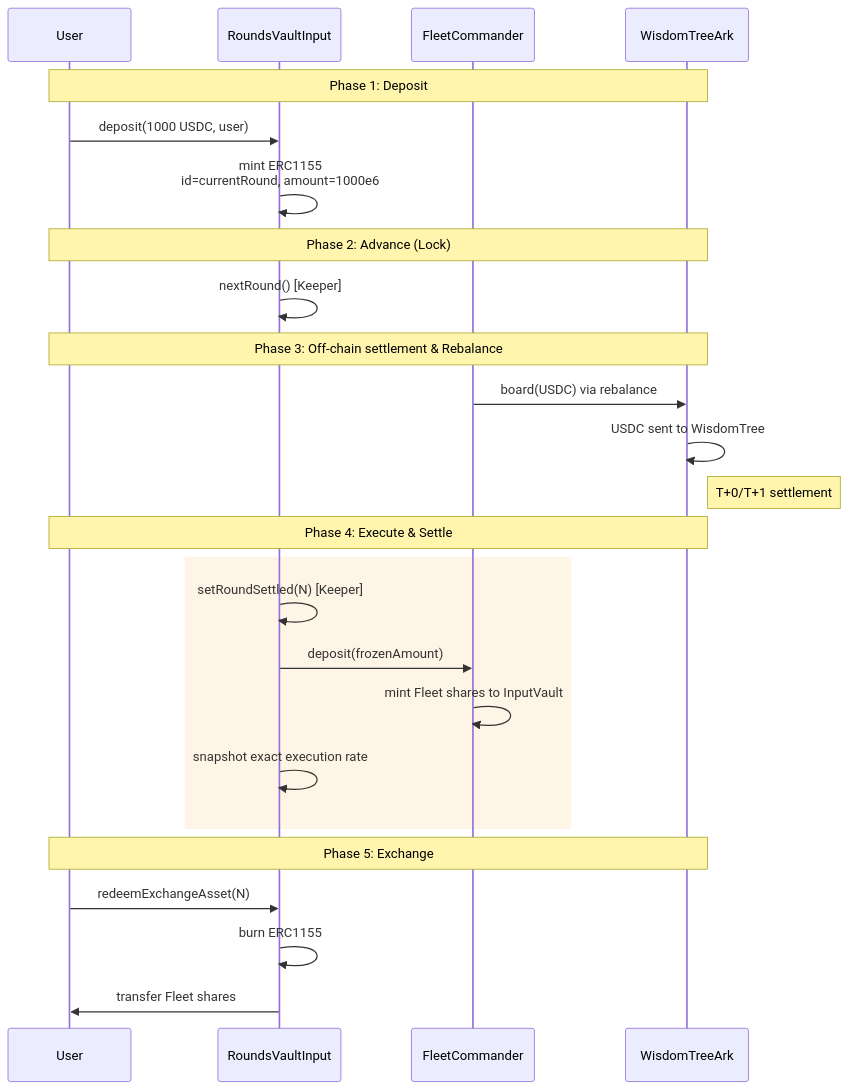
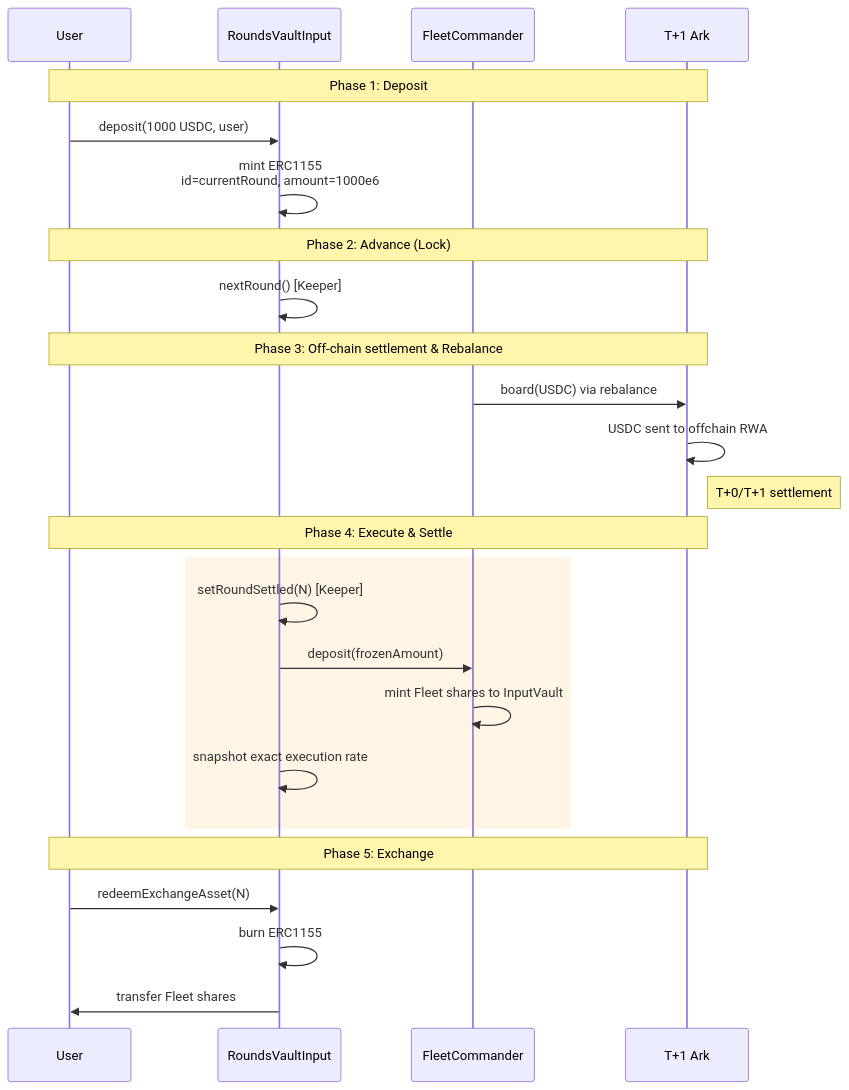
The fifth of 8 diagrams in packages/core-contracts/src/contracts/rounds-vault/docs/rounds_vault_technical_reference.md (OasisDEX/summer-earn-protocol), drawn with Mermaid before and after one commit. The commit also changed other lines of this file, not shown here.

Commit message:
docs: rename WisdomTreeArk to T+1 Ark and generalize offchain RWA references in technical documentation

````diff
--- a/packages/core-contracts/src/contracts/rounds-vault/docs/rounds_vault_technical_reference.md
+++ b/packages/core-contracts/src/contracts/rounds-vault/docs/rounds_vault_technical_reference.md
@@ -182,32 +182,32 @@
 ```mermaid
 sequenceDiagram
     participant User
     participant InputVault as RoundsVaultInput
     participant Fleet as FleetCommander
-    participant Ark as WisdomTreeArk
+    participant Ark as T+1 Ark
 
     Note over User,Ark: Phase 1: Deposit
     User->>InputVault: deposit(1000 USDC, user)
     InputVault->>InputVault: mint ERC1155<br/>id=currentRound, amount=1000e6
 
     Note over User,Ark: Phase 2: Advance (Lock)
     InputVault->>InputVault: nextRound() [Keeper]
 
     Note over User,Ark: Phase 3: Off-chain settlement & Rebalance
     Fleet->>Ark: board(USDC) via rebalance
-    Ark->>Ark: USDC sent to WisdomTree
+    Ark->>Ark: USDC sent to offchain RWA
     Note right of Ark: T+0/T+1 settlement
 
     Note over User,Ark: Phase 4: Execute & Settle
     rect rgb(255, 245, 230)
         InputVault->>InputVault: setRoundSettled(N) [Keeper]
         InputVault->>Fleet: deposit(frozenAmount)
         Fleet->>Fleet: mint Fleet shares to InputVault
         InputVault->>InputVault: snapshot exact execution rate
     end
 
     Note over User,Ark: Phase 5: Exchange
     User->>InputVault: redeemExchangeAsset(N)
     InputVault->>InputVault: burn ERC1155
     InputVault->>User: transfer Fleet shares
 ```
````
